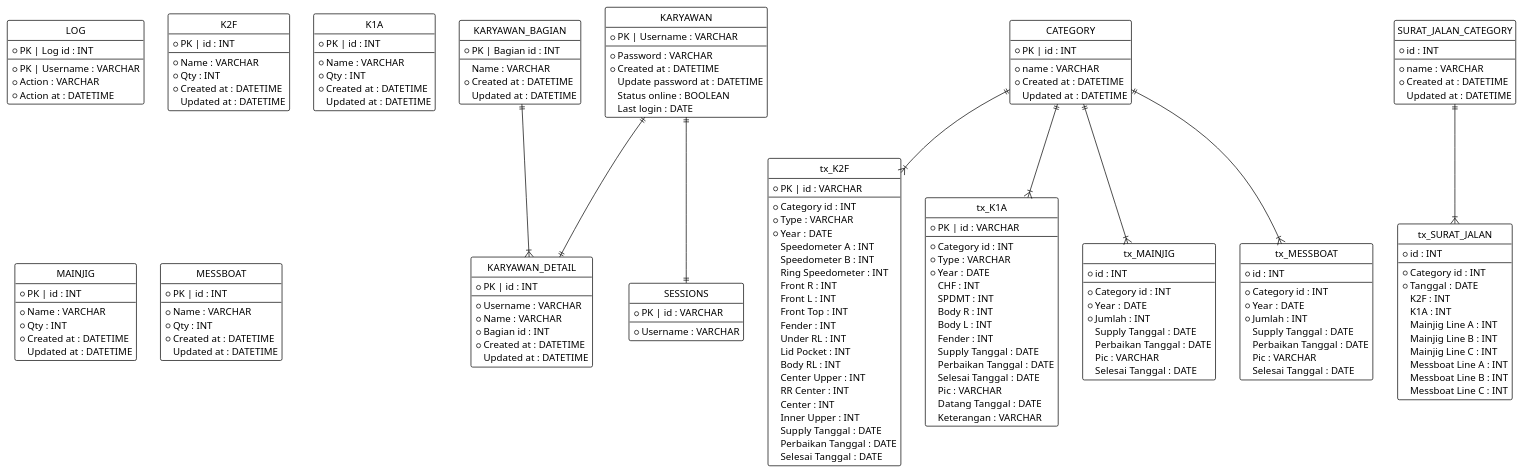
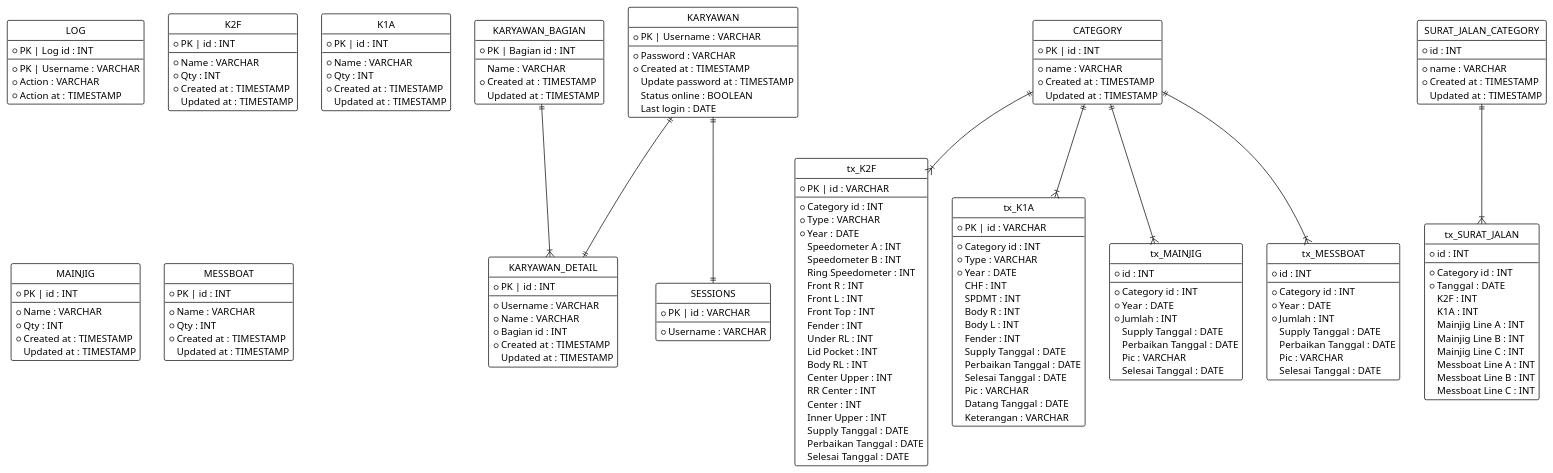
One commit to marlisumarli/hanger-scheduling changed the diagram in Diagrams/ERD.puml. Above: the diagram before and after it, drawn with PlantUML. The commit also changed 1 other file, not shown here.

Commit message:
Update diagrams

```diff
--- a/Diagrams/ERD.puml
+++ b/Diagrams/ERD.puml
@@ -1,194 +1,194 @@
 @startuml
 
 hide circle
 !theme plain
 
 entity KARYAWAN{
 * PK | Username : VARCHAR
 --
 * Password : VARCHAR
-* Created at : DATETIME
-Update password at : DATETIME
+* Created at : TIMESTAMP
+Update password at : TIMESTAMP
 Status online : BOOLEAN
 Last login : DATE
 }
 
 entity KARYAWAN_DETAIL{
 * PK | id : INT
 --
 * Username : VARCHAR
 * Name : VARCHAR
 * Bagian id : INT
-* Created at : DATETIME
-Updated at : DATETIME
+* Created at : TIMESTAMP
+Updated at : TIMESTAMP
 }
 
 entity KARYAWAN_BAGIAN{
 * PK | Bagian id : INT
 --
 Name : VARCHAR
-* Created at : DATETIME
-Updated at : DATETIME
+* Created at : TIMESTAMP
+Updated at : TIMESTAMP
 }
 
 entity SESSIONS{
 * PK | id : VARCHAR
 --
 * Username : VARCHAR
 }
 
 entity LOG{
 * PK | Log id : INT
 --
 * PK | Username : VARCHAR
 * Action : VARCHAR
-* Action at : DATETIME
+* Action at : TIMESTAMP
 }
 
 entity CATEGORY{
 * PK | id : INT
 --
 * name : VARCHAR
-* Created at : DATETIME
-Updated at : DATETIME
+* Created at : TIMESTAMP
+Updated at : TIMESTAMP
 }
 
 entity K2F{
 * PK | id : INT
 --
 * Name : VARCHAR
 * Qty : INT
-* Created at : DATETIME
-Updated at : DATETIME
+* Created at : TIMESTAMP
+Updated at : TIMESTAMP
 }
 
 entity K1A{
 * PK | id : INT
 --
 * Name : VARCHAR
 * Qty : INT
-* Created at : DATETIME
-Updated at : DATETIME
+* Created at : TIMESTAMP
+Updated at : TIMESTAMP
 }
 
 entity MAINJIG{
 * PK | id : INT
 --
 * Name : VARCHAR
 * Qty : INT
-* Created at : DATETIME
-Updated at : DATETIME
+* Created at : TIMESTAMP
+Updated at : TIMESTAMP
 }
 
 entity MESSBOAT{
 * PK | id : INT
 --
 * Name : VARCHAR
 * Qty : INT
-* Created at : DATETIME
-Updated at : DATETIME
+* Created at : TIMESTAMP
+Updated at : TIMESTAMP
 }
 
 entity tx_K2F{
 * PK | id : VARCHAR
 --
 * Category id : INT
 * Type : VARCHAR
 * Year : DATE
 Speedometer A : INT
 Speedometer B : INT
 Ring Speedometer : INT
 Front R : INT
 Front L : INT
 Front Top : INT
 Fender : INT
 Under RL : INT
 Lid Pocket : INT
 Body RL : INT
 Center Upper : INT
 RR Center : INT
 Center : INT
 Inner Upper : INT
 Supply Tanggal : DATE
 Perbaikan Tanggal : DATE
 Selesai Tanggal : DATE
 }
 
 entity tx_K1A{
 * PK | id : VARCHAR
 --
 * Category id : INT
 * Type : VARCHAR
 * Year : DATE
 CHF : INT
 SPDMT : INT
 Body R : INT
 Body L : INT
 Fender : INT
 Supply Tanggal : DATE
 Perbaikan Tanggal : DATE
 Selesai Tanggal : DATE
 Pic : VARCHAR
 Datang Tanggal : DATE
 Keterangan : VARCHAR
 }
 
 entity tx_MAINJIG{
 * id : INT
 --
 * Category id : INT
 * Year : DATE
 * Jumlah : INT
 Supply Tanggal : DATE
 Perbaikan Tanggal : DATE
 Pic : VARCHAR
 Selesai Tanggal : DATE
 }
 
 entity tx_MESSBOAT{
 * id : INT
 --
 * Category id : INT
 * Year : DATE
 * Jumlah : INT
 Supply Tanggal : DATE
 Perbaikan Tanggal : DATE
 Pic : VARCHAR
 Selesai Tanggal : DATE
 }
 
 
 
 entity SURAT_JALAN_CATEGORY{
 * id : INT
 --
 * name : VARCHAR
-* Created at : DATETIME
-Updated at : DATETIME
+* Created at : TIMESTAMP
+Updated at : TIMESTAMP
 }
 
 entity tx_SURAT_JALAN{
 * id : INT
 --
 * Category id : INT
 * Tanggal : DATE
 K2F : INT
 K1A : INT
 Mainjig Line A : INT
 Mainjig Line B : INT
 Mainjig Line C : INT
 Messboat Line A : INT
 Messboat Line B : INT
 Messboat Line C : INT
 }
 
 KARYAWAN_BAGIAN||--|{KARYAWAN_DETAIL
 KARYAWAN||--||KARYAWAN_DETAIL
 KARYAWAN||--||SESSIONS
 CATEGORY||--|{tx_K2F
 CATEGORY||--|{tx_K1A
 CATEGORY||--|{tx_MAINJIG
 CATEGORY||--|{tx_MESSBOAT
 SURAT_JALAN_CATEGORY||--|{tx_SURAT_JALAN
 
 @enduml
```
